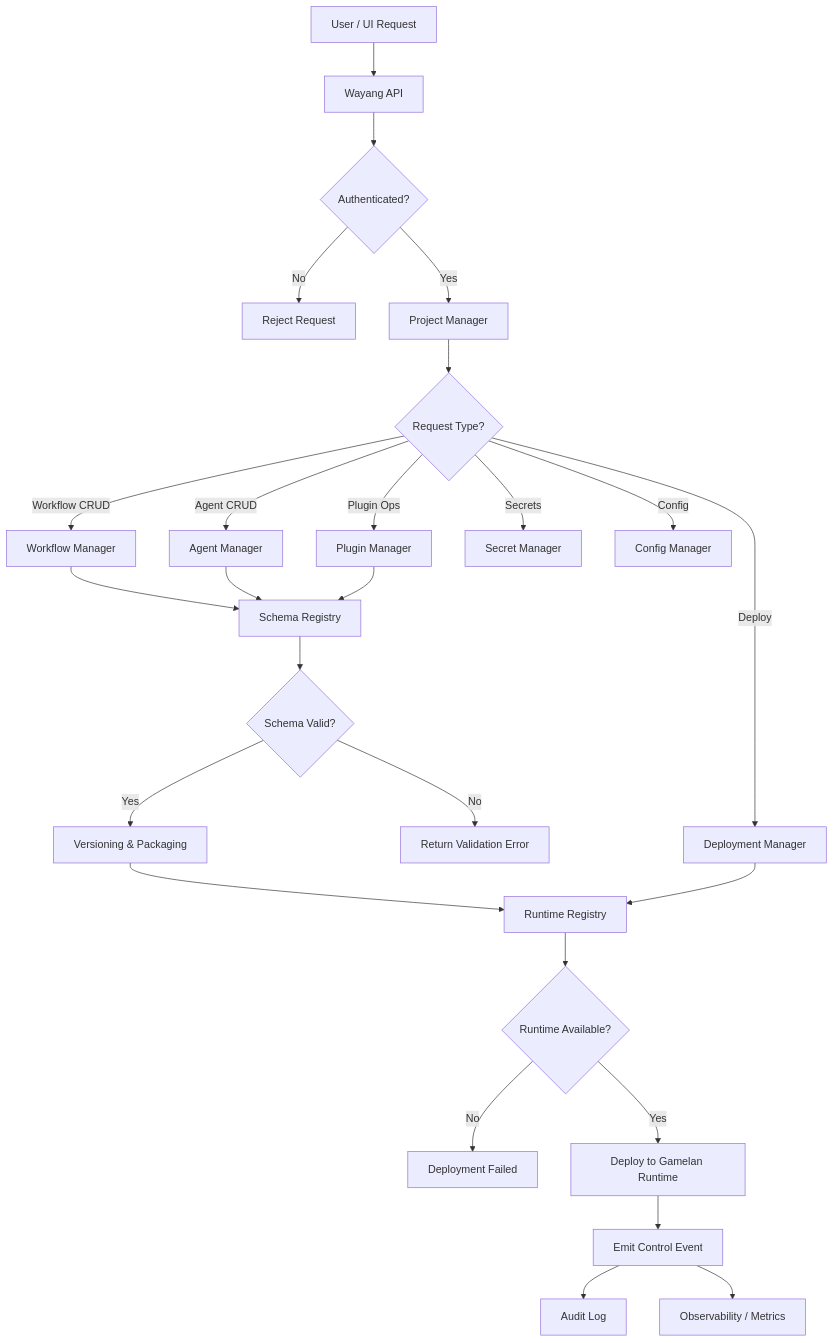
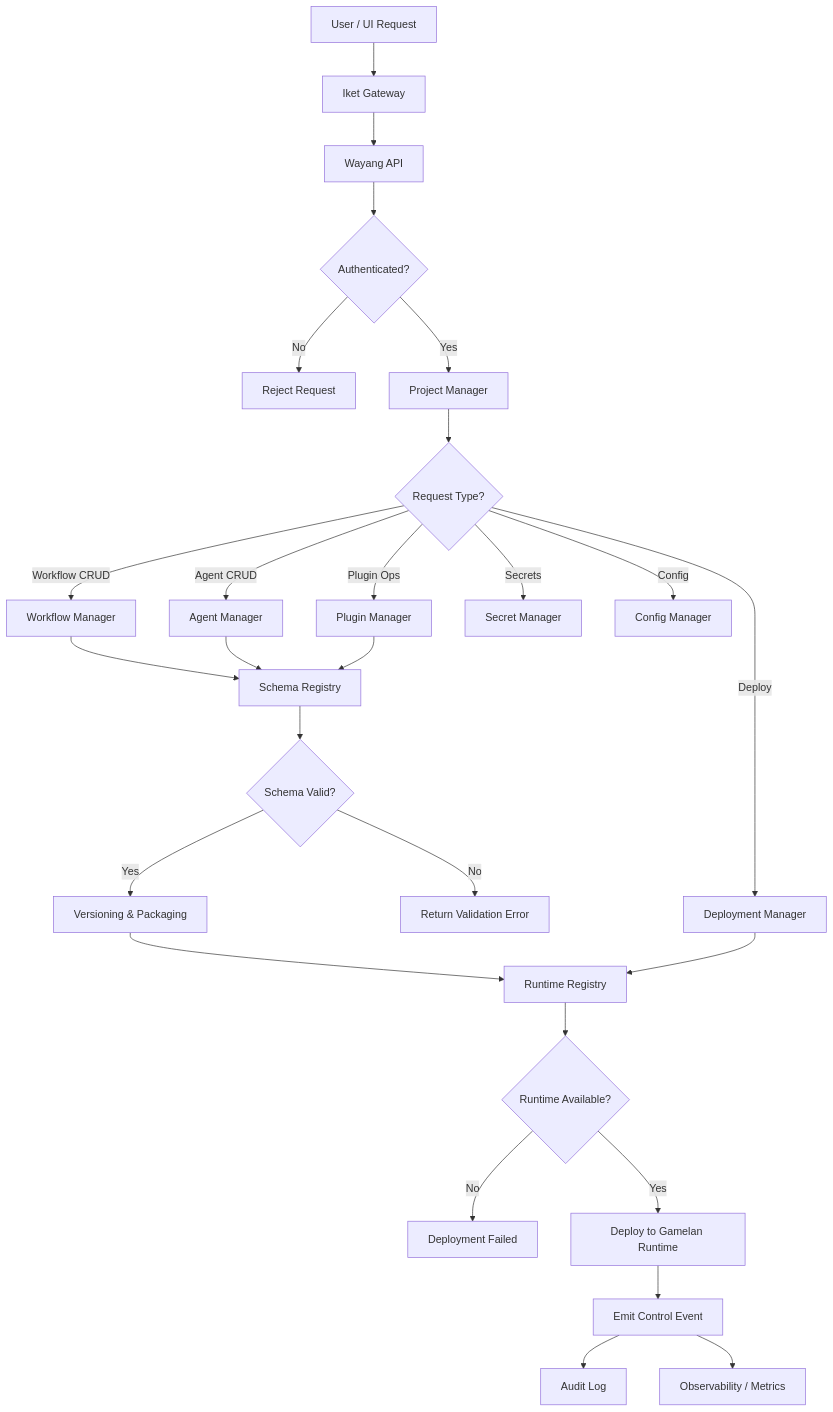
Before and after one commit to bhangun/wayang: the third of 6 diagrams in docs/1-wayang-architecture.md, drawn with Mermaid. The commit also changed other lines of this file and 3 other files, not shown here.

````diff
--- a/docs/1-wayang-architecture.md
+++ b/docs/1-wayang-architecture.md
@@ -168,39 +206,40 @@
 ```mermaid
 flowchart TD
-    A[User / UI Request] --> B[Wayang API]
+    A[User / UI Request] --> GW[Iket Gateway]
+    GW --> B[Wayang API]
 
     B --> C{Authenticated?}
     C -- No --> C1[Reject Request]
     C -- Yes --> D[Project Manager]
 
     D --> E{Request Type?}
 
     E -- Workflow CRUD --> F[Workflow Manager]
     E -- Agent CRUD --> G[Agent Manager]
     E -- Plugin Ops --> H[Plugin Manager]
     E -- Secrets --> I[Secret Manager]
     E -- Config --> J[Config Manager]
     E -- Deploy --> K[Deployment Manager]
 
     F --> L[Schema Registry]
     G --> L
 
     L --> M{Schema Valid?}
     M -- No --> M1[Return Validation Error]
     M -- Yes --> N[Versioning & Packaging]
 
     N --> O[Runtime Registry]
     O --> P{Runtime Available?}
 
     P -- No --> P1[Deployment Failed]
     P -- Yes --> Q[Deploy to Gamelan Runtime]
 
     Q --> R[Emit Control Event]
 
     R --> S[Audit Log]
     R --> T[Observability / Metrics]
 
     H --> L
     K --> O
 
 ```
````
